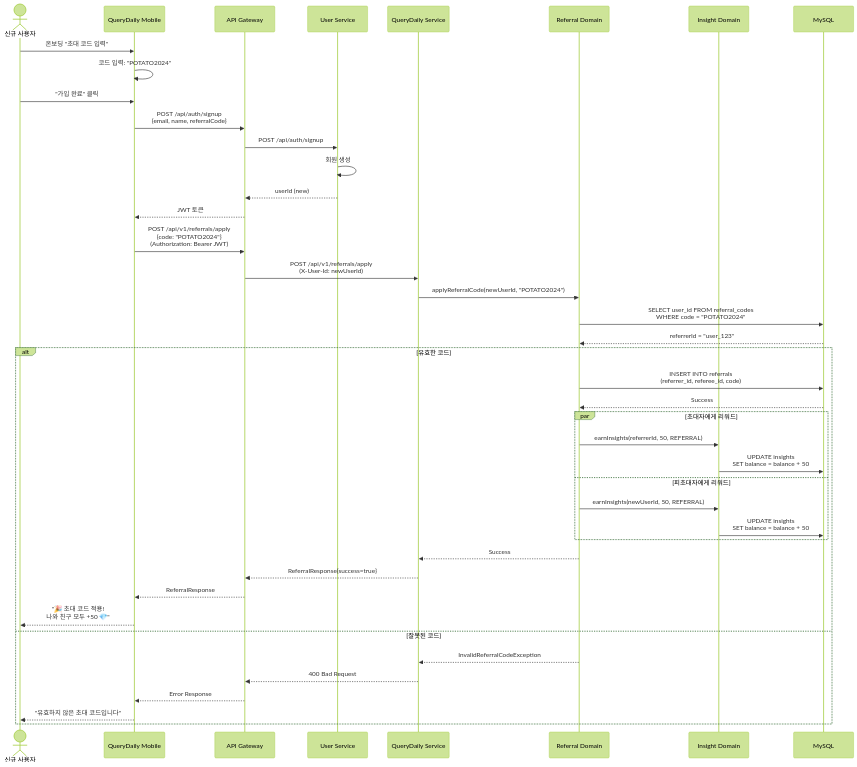
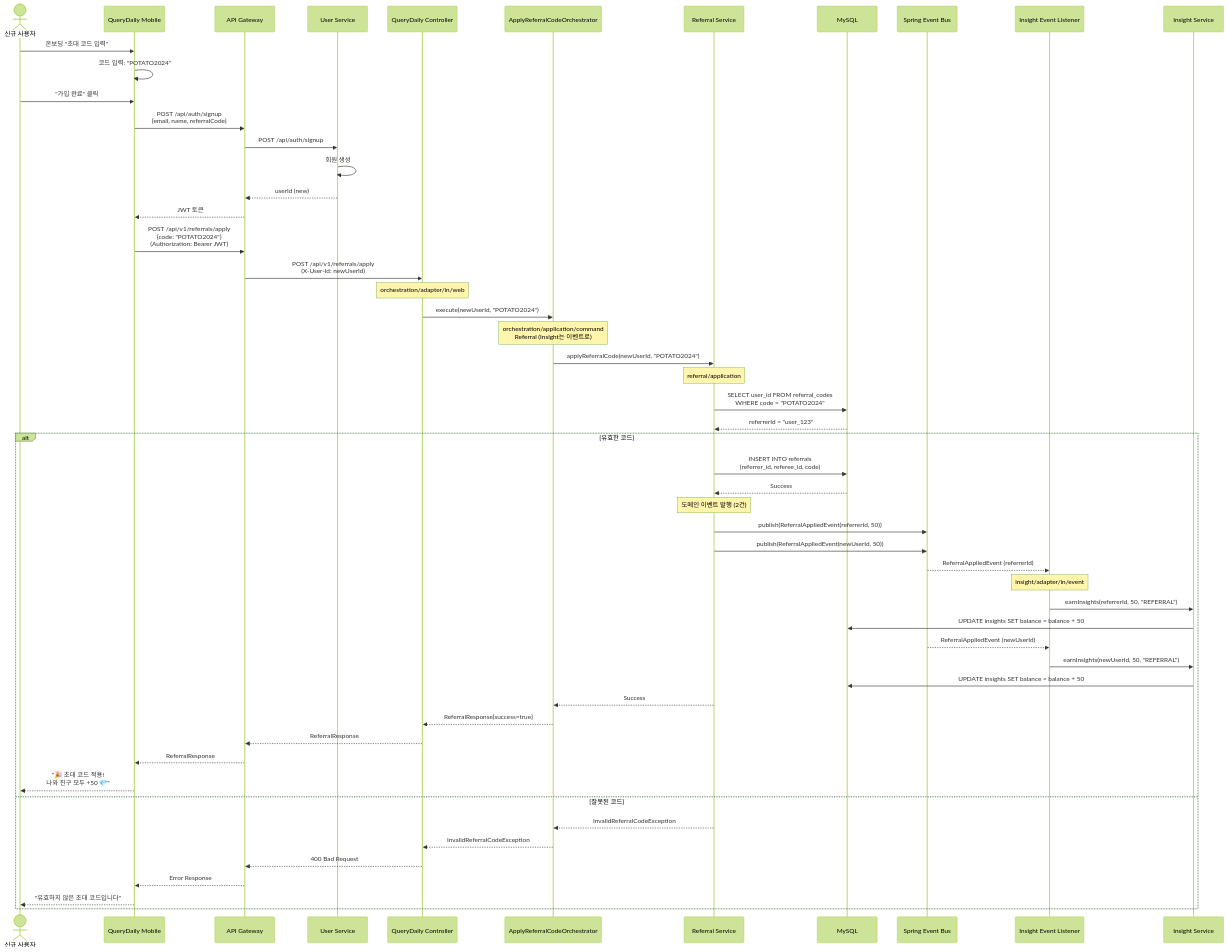
Diagram 11 of 12 in docs/plan/MOBILE_MVP_ROADMAP.md (AsyncSite/querydaily-frontend), drawn with Mermaid (forest theme) before and after one commit. The commit also changed other lines of this file, not shown here.

First line of the commit message:
refactor: Update all sequence diagrams with orchestration architecture

````diff
--- a/docs/plan/MOBILE_MVP_ROADMAP.md
+++ b/docs/plan/MOBILE_MVP_ROADMAP.md
@@ -2326,52 +2354,68 @@
 ```mermaid
 sequenceDiagram
     actor NewUser as 신규 사용자
     participant Mobile as QueryDaily Mobile
     participant Gateway as API Gateway
     participant UserService as User Service
-    participant QDService as QueryDaily Service
-    participant ReferralDomain as Referral Domain
-    participant InsightDomain as Insight Domain
+    participant Controller as QueryDaily Controller
+    participant Orchestrator as ApplyReferralCodeOrchestrator
+    participant ReferralSvc as Referral Service
     participant DB as MySQL
+    participant EventBus as Spring Event Bus
+    participant InsightListener as Insight Event Listener
+    participant InsightSvc as Insight Service
 
     NewUser->>Mobile: 온보딩 "초대 코드 입력"
     Mobile->>Mobile: 코드 입력: "POTATO2024"
     NewUser->>Mobile: "가입 완료" 클릭
 
     Mobile->>Gateway: POST /api/auth/signup<br/>{email, name, referralCode}
     Gateway->>UserService: POST /api/auth/signup
     UserService->>UserService: 회원 생성
     UserService-->>Gateway: userId (new)
     Gateway-->>Mobile: JWT 토큰
 
     Mobile->>Gateway: POST /api/v1/referrals/apply<br/>{code: "POTATO2024"}<br/>(Authorization: Bearer JWT)
-    Gateway->>QDService: POST /api/v1/referrals/apply<br/>(X-User-Id: newUserId)
+    Gateway->>Controller: POST /api/v1/referrals/apply<br/>(X-User-Id: newUserId)
 
-    QDService->>ReferralDomain: applyReferralCode(newUserId, "POTATO2024")
-    ReferralDomain->>DB: SELECT user_id FROM referral_codes<br/>WHERE code = "POTATO2024"
-    DB-->>ReferralDomain: referrerId = "user_123"
+    Note over Controller: orchestration/adapter/in/web
+    Controller->>Orchestrator: execute(newUserId, "POTATO2024")
+
+    Note over Orchestrator: orchestration/application/command<br/>Referral (Insight는 이벤트로)
+
+    Orchestrator->>ReferralSvc: applyReferralCode(newUserId, "POTATO2024")
+    Note over ReferralSvc: referral/application
+    ReferralSvc->>DB: SELECT user_id FROM referral_codes<br/>WHERE code = "POTATO2024"
+    DB-->>ReferralSvc: referrerId = "user_123"
 
     alt 유효한 코드
-        ReferralDomain->>DB: INSERT INTO referrals<br/>(referrer_id, referee_id, code)
-        DB-->>ReferralDomain: Success
+        ReferralSvc->>DB: INSERT INTO referrals<br/>(referrer_id, referee_id, code)
+        DB-->>ReferralSvc: Success
 
-        par 초대자에게 리워드
-            ReferralDomain->>InsightDomain: earnInsights(referrerId, 50, REFERRAL)
-            InsightDomain->>DB: UPDATE insights<br/>SET balance = balance + 50
-        and 피초대자에게 리워드
-            ReferralDomain->>InsightDomain: earnInsights(newUserId, 50, REFERRAL)
-            InsightDomain->>DB: UPDATE insights<br/>SET balance = balance + 50
-        end
+        Note over ReferralSvc: 도메인 이벤트 발행 (2건)
+        ReferralSvc->>EventBus: publish(ReferralAppliedEvent(referrerId, 50))
+        ReferralSvc->>EventBus: publish(ReferralAppliedEvent(newUserId, 50))
 
-        ReferralDomain-->>QDService: Success
-        QDService-->>Gateway: ReferralResponse{success=true}
+        EventBus-->>InsightListener: ReferralAppliedEvent (referrerId)
+        Note over InsightListener: insight/adapter/in/event
+        InsightListener->>InsightSvc: earnInsights(referrerId, 50, "REFERRAL")
+        InsightSvc->>DB: UPDATE insights SET balance = balance + 50
+
+        EventBus-->>InsightListener: ReferralAppliedEvent (newUserId)
+        InsightListener->>InsightSvc: earnInsights(newUserId, 50, "REFERRAL")
+        InsightSvc->>DB: UPDATE insights SET balance = balance + 50
+
+        ReferralSvc-->>Orchestrator: Success
+        Orchestrator-->>Controller: ReferralResponse{success=true}
+        Controller-->>Gateway: ReferralResponse
         Gateway-->>Mobile: ReferralResponse
         Mobile-->>NewUser: "🎉 초대 코드 적용!<br/>나와 친구 모두 +50 💎"
 
     else 잘못된 코드
-        ReferralDomain-->>QDService: InvalidReferralCodeException
-        QDService-->>Gateway: 400 Bad Request
+        ReferralSvc-->>Orchestrator: InvalidReferralCodeException
+        Orchestrator-->>Controller: InvalidReferralCodeException
+        Controller-->>Gateway: 400 Bad Request
         Gateway-->>Mobile: Error Response
         Mobile-->>NewUser: "유효하지 않은 초대 코드입니다"
     end
 ```
````
